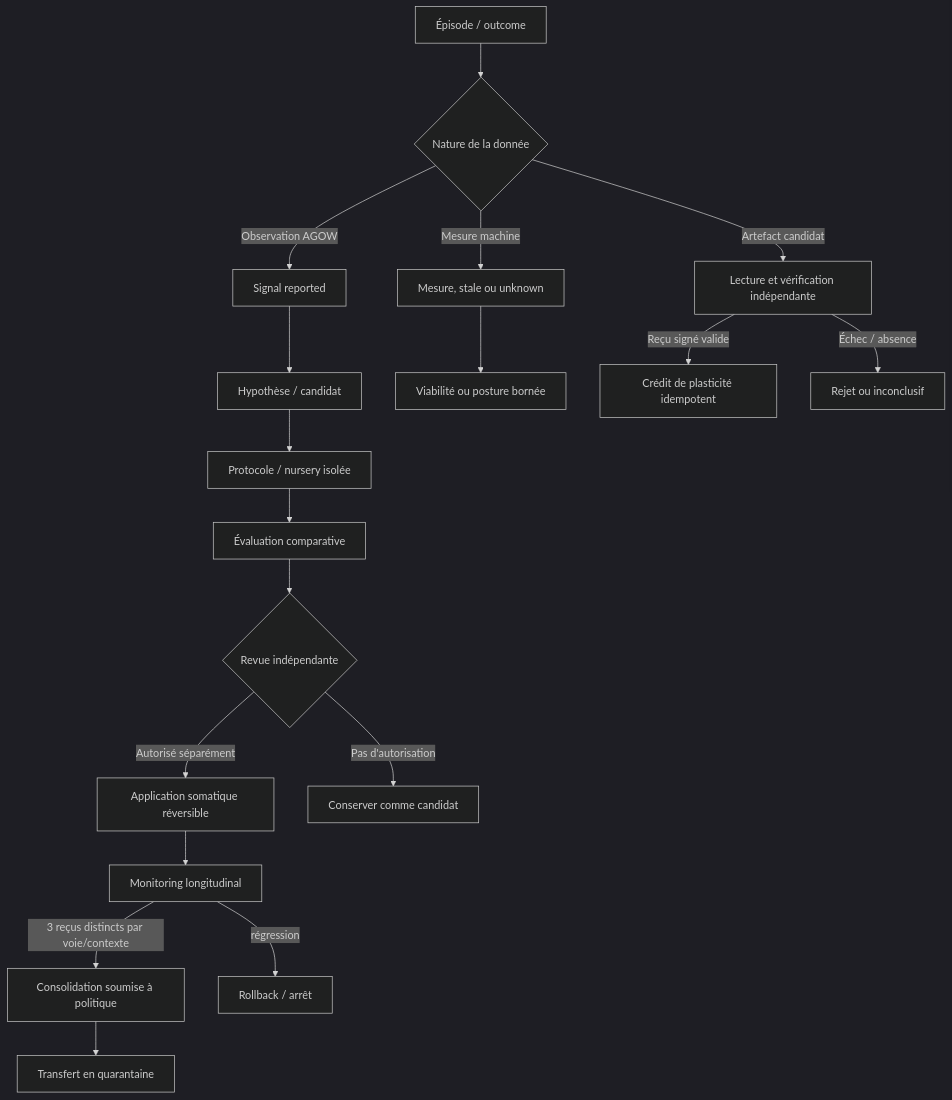
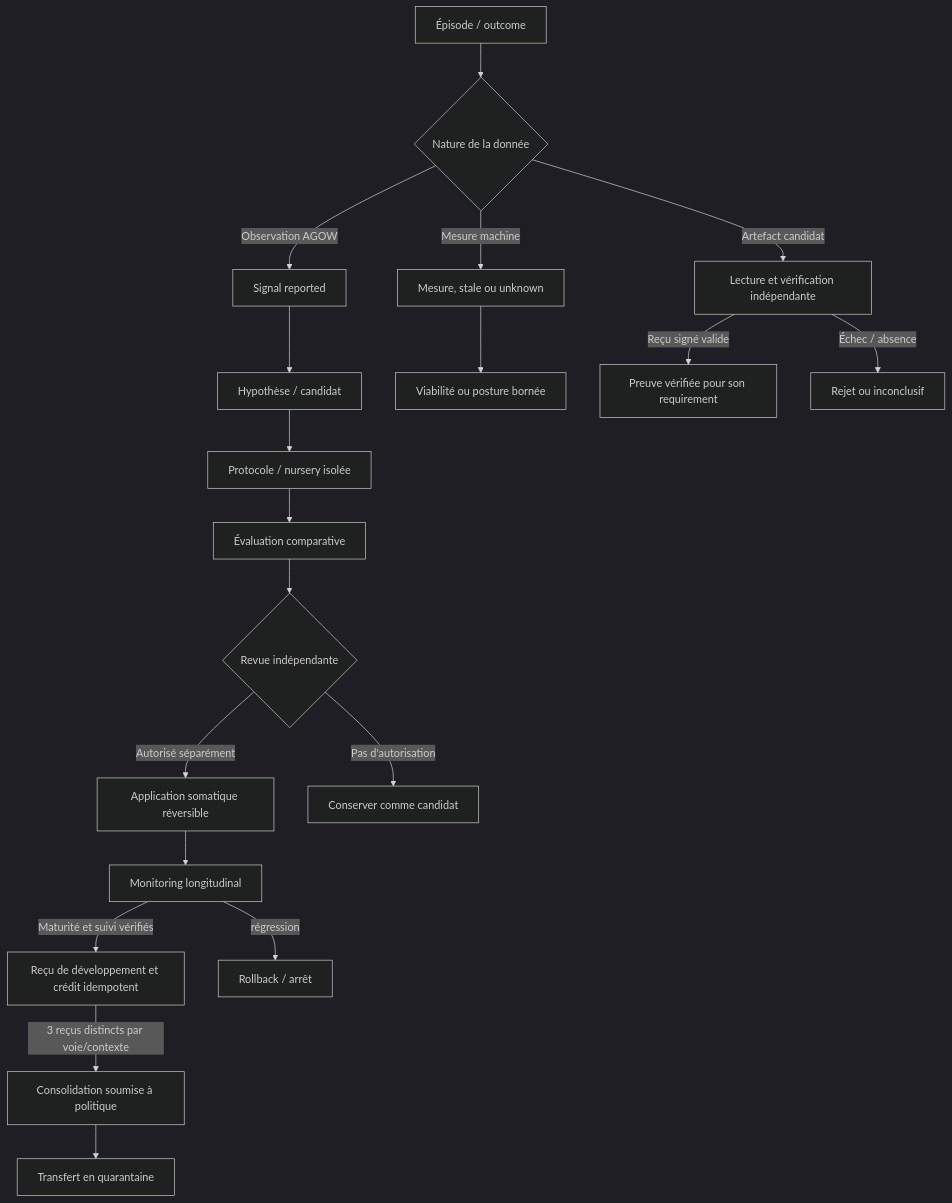
The diagram in docs/01-concepts/gvx.md (PISSARAW/GenOS), drawn with Mermaid (dark theme) before and after one commit. The commit also changed other lines of this file and 13 other files, not shown here.

````diff
--- a/docs/01-concepts/gvx.md
+++ b/docs/01-concepts/gvx.md
@@ -103,20 +103,21 @@
 ```mermaid
 flowchart TD
     A[Épisode / outcome] --> B{Nature de la donnée}
     B -->|Observation AGOW| C[Signal reported]
     B -->|Mesure machine| D[Mesure, stale ou unknown]
     B -->|Artefact candidat| E[Lecture et vérification indépendante]
     C --> F[Hypothèse / candidat]
     D --> G[Viabilité ou posture bornée]
-    E -->|Reçu signé valide| H[Crédit de plasticité idempotent]
+    E -->|Reçu signé valide| V[Preuve vérifiée pour son requirement]
     E -->|Échec / absence| I[Rejet ou inconclusif]
     F --> J[Protocole / nursery isolée]
     J --> K[Évaluation comparative]
     K --> L{Revue indépendante}
     L -->|Autorisé séparément| M[Application somatique réversible]
     L -->|Pas d'autorisation| N[Conserver comme candidat]
     M --> O[Monitoring longitudinal]
-    O -->|3 reçus distincts par voie/contexte| P[Consolidation soumise à politique]
+    O -->|Maturité et suivi vérifiés| H[Reçu de développement et crédit idempotent]
+    H -->|3 reçus distincts par voie/contexte| P[Consolidation soumise à politique]
     O -->|régression| Q[Rollback / arrêt]
     P --> R[Transfert en quarantaine]
 ```
````
